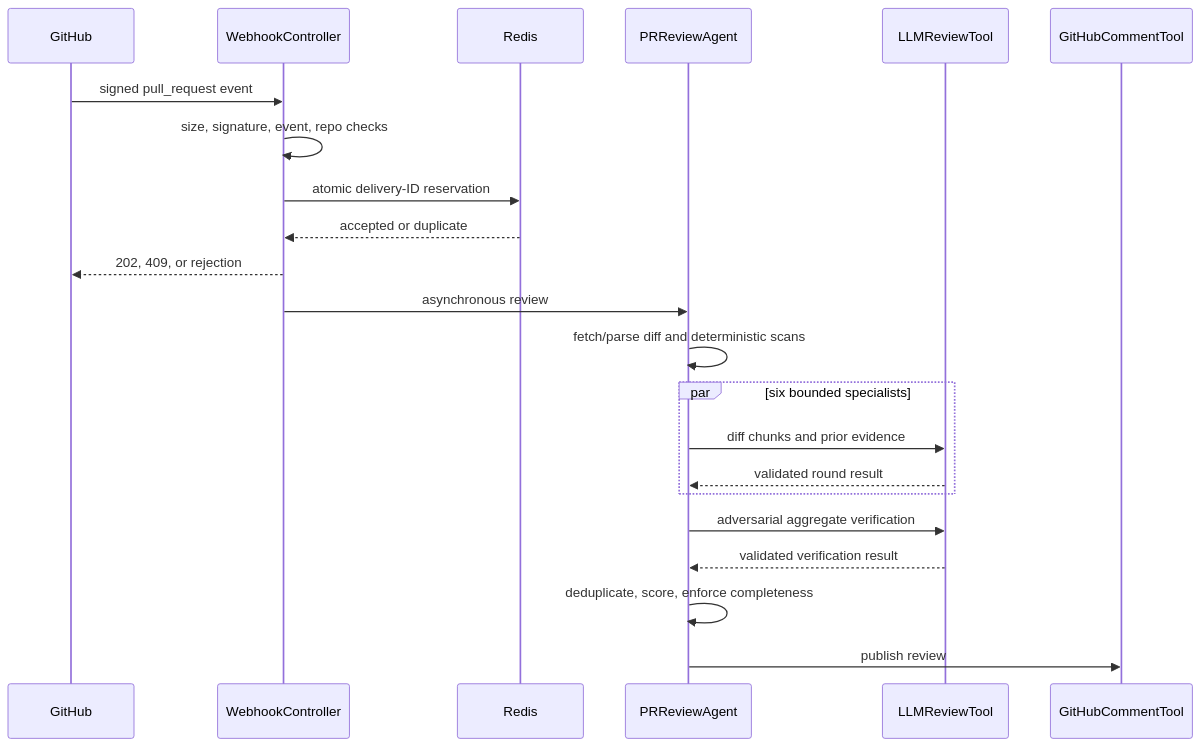
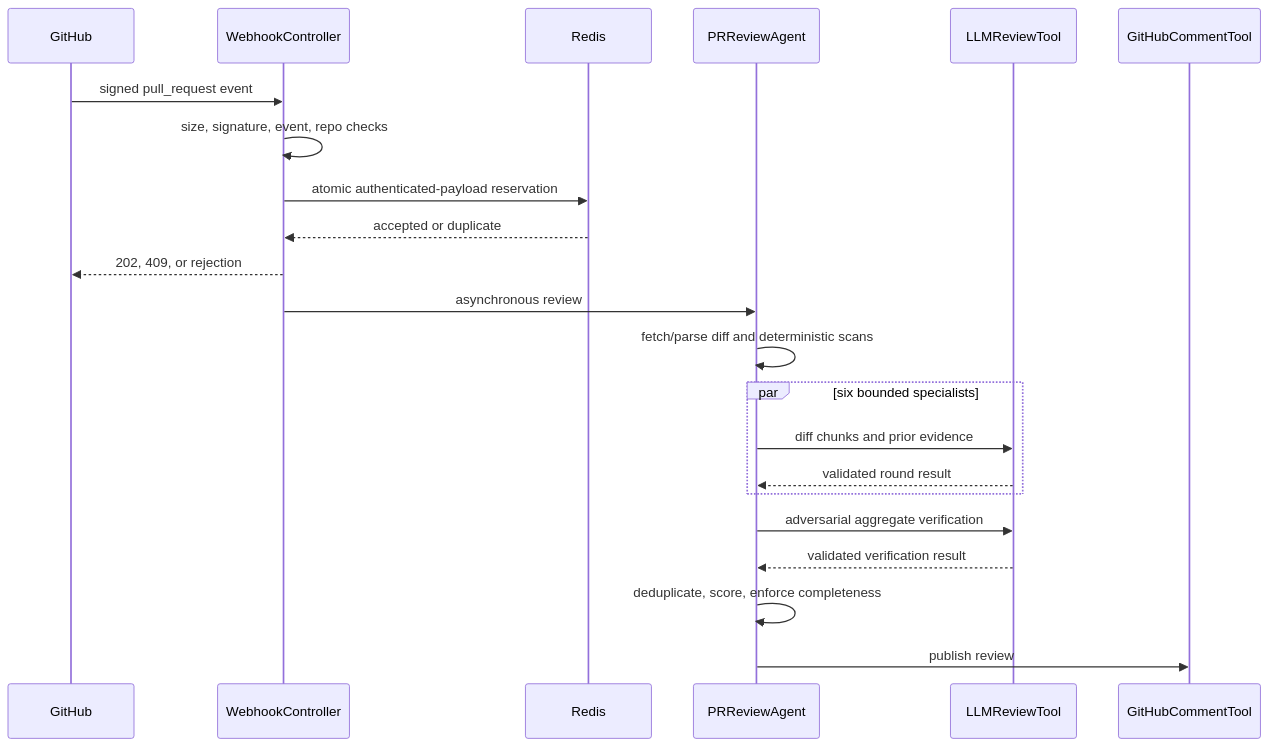
One commit to mrinmoyece/pr-review-agent changed the second of 2 diagrams in docs/architecture.md. Above: the diagram before and after it, drawn with Mermaid. The commit also changed other lines of this file and 16 other files, not shown here.

````diff
--- a/docs/architecture.md
+++ b/docs/architecture.md
@@ -37,25 +37,25 @@
 ```mermaid
 sequenceDiagram
     participant G as GitHub
     participant W as WebhookController
     participant R as Redis
     participant A as PRReviewAgent
     participant M as LLMReviewTool
     participant C as GitHubCommentTool
 
     G->>W: signed pull_request event
     W->>W: size, signature, event, repo checks
-    W->>R: atomic delivery-ID reservation
+    W->>R: atomic authenticated-payload reservation
     R-->>W: accepted or duplicate
     W-->>G: 202, 409, or rejection
     W->>A: asynchronous review
     A->>A: fetch/parse diff and deterministic scans
     par six bounded specialists
         A->>M: diff chunks and prior evidence
         M-->>A: validated round result
     end
     A->>M: adversarial aggregate verification
     M-->>A: validated verification result
     A->>A: deduplicate, score, enforce completeness
     A->>C: publish review
 ```
````
